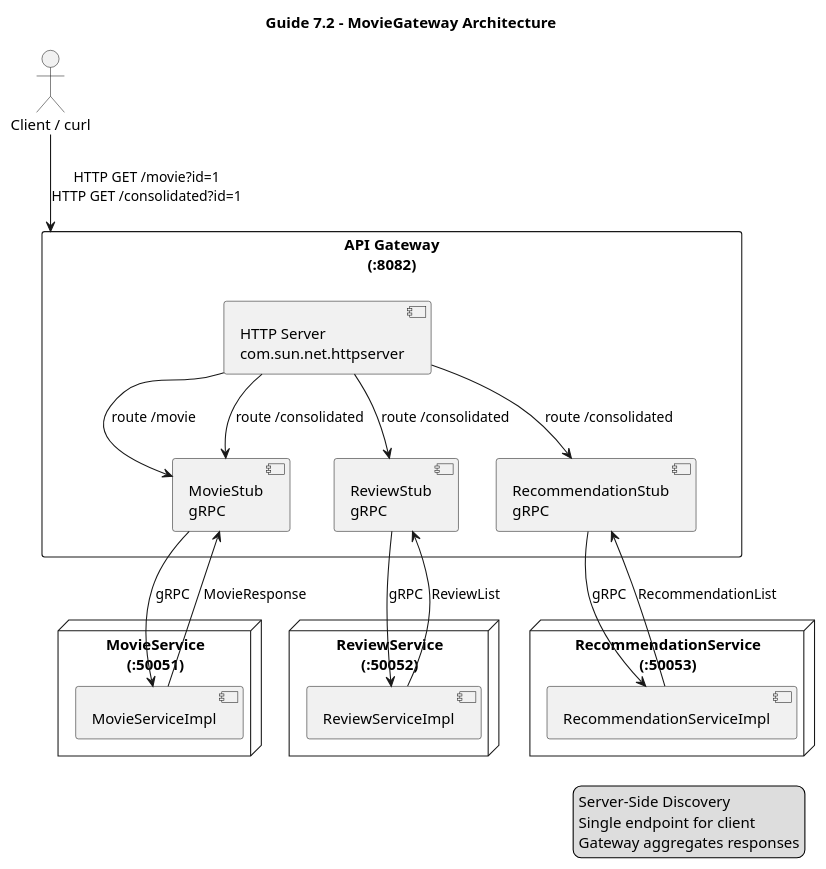
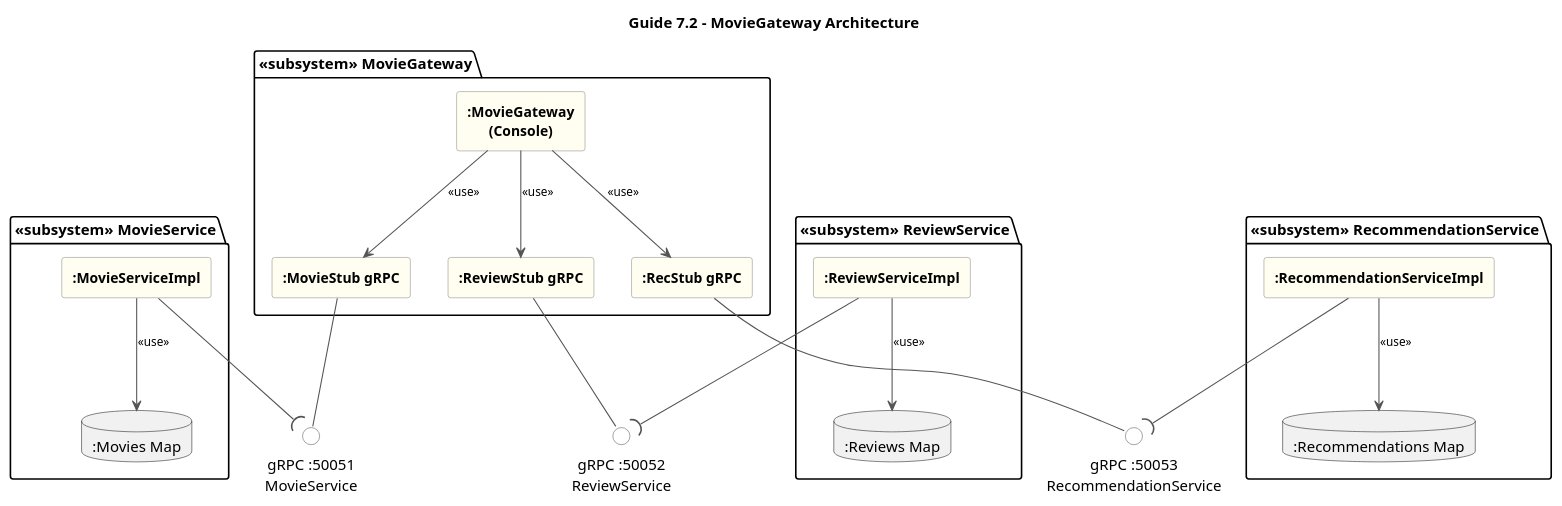
Before and after one commit to Juank-1030/Lab03-Arquitecturas-ARSW: the diagram in docs/diagrams/guide7_2_architecture.puml, drawn with PlantUML. The commit also changed 175 other files, not shown here.

Commit message:
implementacion final, diagramas, contexto de los diagramas, correcciones minimas en codigos, version 1.4

```diff
--- a/docs/diagrams/guide7_2_architecture.puml
+++ b/docs/diagrams/guide7_2_architecture.puml
@@ -1,43 +1,75 @@
 @startuml
+skinparam componentStyle rectangle
+skinparam backgroundColor white
+skinparam defaultTextAlignment center
+
+skinparam component {
+  BackgroundColor #FFFEF0
+  BorderColor #888888
+  FontSize 13
+  FontStyle bold
+  ArrowColor #555555
+}
+
+skinparam interface {
+  BackgroundColor white
+  BorderColor #555555
+}
+
+skinparam arrow {
+  Color #555555
+  FontSize 11
+}
+
 title Guide 7.2 - MovieGateway Architecture
 
-actor "Client / curl" as client
-
-rectangle "API Gateway\n(:8082)" as gateway {
-  component [HTTP Server\ncom.sun.net.httpserver] as http
-  component [MovieStub\ngRPC] as movieStub
-  component [ReviewStub\ngRPC] as reviewStub
-  component [RecommendationStub\ngRPC] as recStub
-  http --> movieStub : route /movie
-  http --> movieStub : route /consolidated
-  http --> reviewStub : route /consolidated
-  http --> recStub : route /consolidated
+' Subsistemas
+package "«subsystem» MovieGateway" {
+  component ":MovieGateway\n(Console)" as Gateway
+  component ":MovieStub gRPC" as MovieStub
+  component ":ReviewStub gRPC" as ReviewStub
+  component ":RecStub gRPC" as RecStub
 }
 
-node "MovieService\n(:50051)" as movie {
-  [MovieServiceImpl] as movieSvc
+package "«subsystem» MovieService" {
+  component ":MovieServiceImpl" as MovieSvc
+  database ":Movies Map" as MovieDb
 }
 
-node "ReviewService\n(:50052)" as review {
-  [ReviewServiceImpl] as reviewSvc
+package "«subsystem» ReviewService" {
+  component ":ReviewServiceImpl" as ReviewSvc
+  database ":Reviews Map" as ReviewDb
 }
 
-node "RecommendationService\n(:50053)" as rec {
-  [RecommendationServiceImpl] as recSvc
+package "«subsystem» RecommendationService" {
+  component ":RecommendationServiceImpl" as RecSvc
+  database ":Recommendations Map" as RecDb
 }
 
-client --> gateway : HTTP GET /movie?id=1\nHTTP GET /consolidated?id=1
-movieStub --> movieSvc : gRPC
-reviewStub --> reviewSvc : gRPC
-recStub --> recSvc : gRPC
-movieSvc --> movieStub : MovieResponse
-reviewSvc --> reviewStub : ReviewList
-recSvc --> recStub : RecommendationList
+' Provided interfaces
+interface "gRPC :50051\nMovieService" as IMovie
+interface "gRPC :50052\nReviewService" as IReview
+interface "gRPC :50053\nRecommendationService" as IRec
 
-legend right
-  Server-Side Discovery
-  Single endpoint for client
-  Gateway aggregates responses
-endlegend
+' Conexiones (ball = provee, socket = requiere)
+' Microservicios proveen gRPC
+MovieSvc --( IMovie
+ReviewSvc --( IReview
+RecSvc --( IRec
+
+' Gateway requiere los 3 servicios via stubs
+MovieStub -- IMovie
+ReviewStub -- IReview
+RecStub -- IRec
+
+' Gateway usa stubs internamente
+Gateway --> MovieStub : <<use>>
+Gateway --> ReviewStub : <<use>>
+Gateway --> RecStub : <<use>>
+
+' Servidores usan sus BD
+MovieSvc --> MovieDb : <<use>>
+ReviewSvc --> ReviewDb : <<use>>
+RecSvc --> RecDb : <<use>>
 
 @enduml
```
